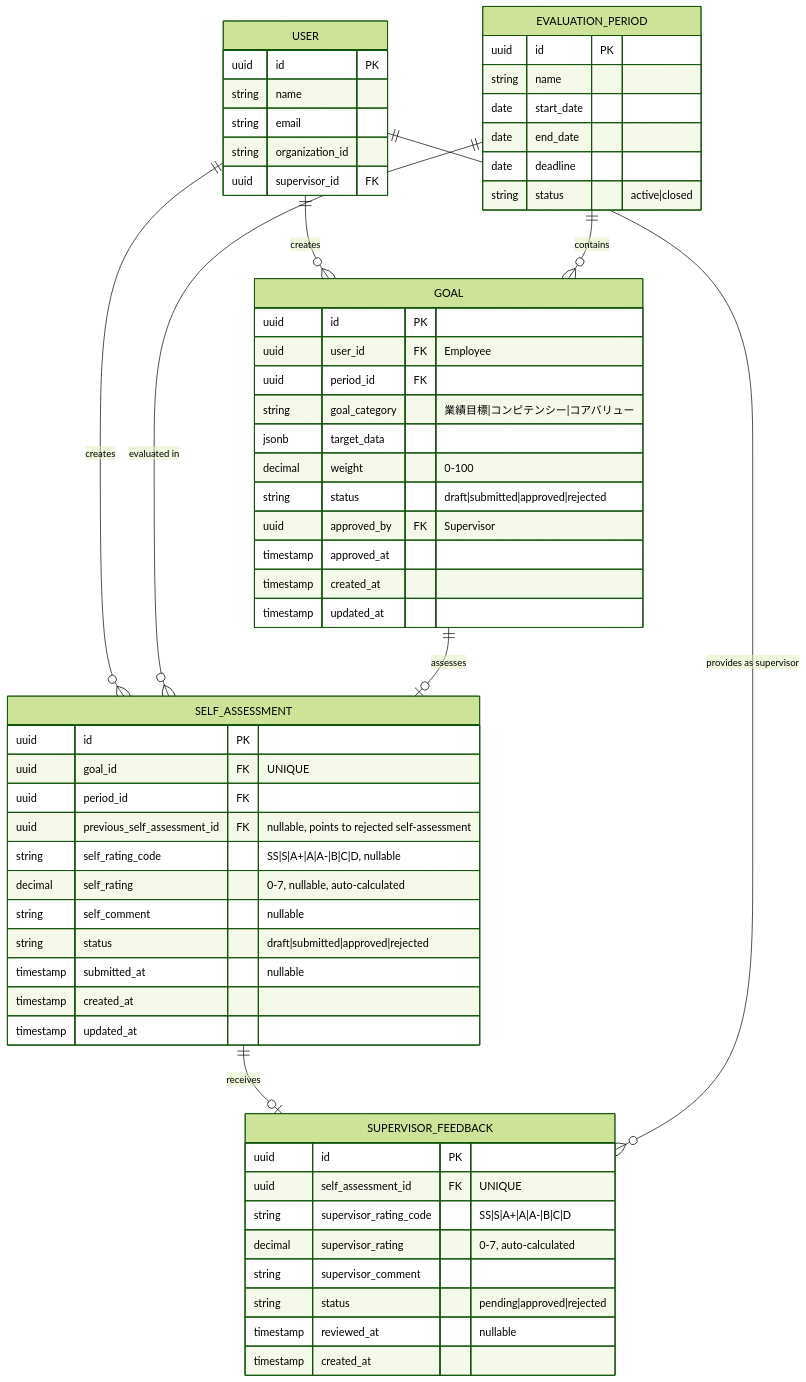
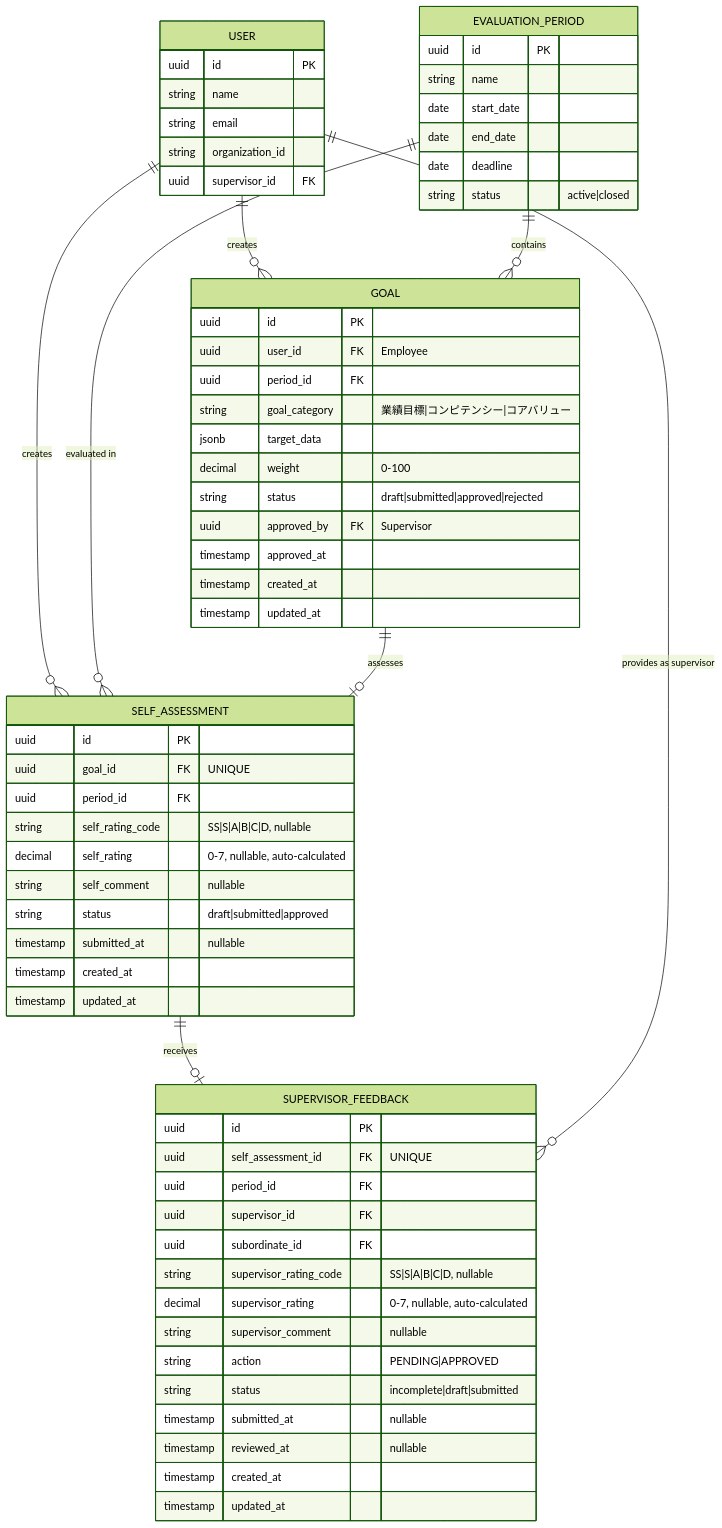
One commit to shintairiku/evaluation-system changed the first of 3 diagrams in .kiro/specs/self-assessment/domain-model.md. Above: the diagram before and after it, drawn with Mermaid (forest theme). The commit also changed other lines of this file, not shown here.

Commit message:
refactor: update self-assessment domain model

````diff
--- a/.kiro/specs/self-assessment/domain-model.md
+++ b/.kiro/specs/self-assessment/domain-model.md
@@ -233,66 +261,71 @@
 ```mermaid
 erDiagram
     USER ||--o{ GOAL : "creates"
     USER ||--o{ SELF_ASSESSMENT : "creates"
     EVALUATION_PERIOD ||--o{ GOAL : "contains"
     EVALUATION_PERIOD ||--o{ SELF_ASSESSMENT : "evaluated in"
     GOAL ||--o| SELF_ASSESSMENT : "assesses"
     SELF_ASSESSMENT ||--o| SUPERVISOR_FEEDBACK : "receives"
     USER ||--o{ SUPERVISOR_FEEDBACK : "provides as supervisor"
 
     USER {
         uuid id PK
         string name
         string email
         string organization_id
         uuid supervisor_id FK
     }
 
     GOAL {
         uuid id PK
         uuid user_id FK "Employee"
         uuid period_id FK
         string goal_category "業績目標|コンピテンシー|コアバリュー"
         jsonb target_data
         decimal weight "0-100"
         string status "draft|submitted|approved|rejected"
         uuid approved_by FK "Supervisor"
         timestamp approved_at
         timestamp created_at
         timestamp updated_at
     }
 
     EVALUATION_PERIOD {
         uuid id PK
         string name
         date start_date
         date end_date
         date deadline
         string status "active|closed"
     }
 
     SELF_ASSESSMENT {
         uuid id PK
         uuid goal_id FK "UNIQUE"
         uuid period_id FK
-        uuid previous_self_assessment_id FK "nullable, points to rejected self-assessment"
-        string self_rating_code "SS|S|A+|A|A-|B|C|D, nullable"
+        string self_rating_code "SS|S|A|B|C|D, nullable"
         decimal self_rating "0-7, nullable, auto-calculated"
         string self_comment "nullable"
-        string status "draft|submitted|approved|rejected"
+        string status "draft|submitted|approved"
         timestamp submitted_at "nullable"
         timestamp created_at
         timestamp updated_at
     }
 
     SUPERVISOR_FEEDBACK {
         uuid id PK
         uuid self_assessment_id FK "UNIQUE"
-        string supervisor_rating_code "SS|S|A+|A|A-|B|C|D"
-        decimal supervisor_rating "0-7, auto-calculated"
-        string supervisor_comment
-        string status "pending|approved|rejected"
+        uuid period_id FK
+        uuid supervisor_id FK
+        uuid subordinate_id FK
+        string supervisor_rating_code "SS|S|A|B|C|D, nullable"
+        decimal supervisor_rating "0-7, nullable, auto-calculated"
+        string supervisor_comment "nullable"
+        string action "PENDING|APPROVED"
+        string status "incomplete|draft|submitted"
+        timestamp submitted_at "nullable"
         timestamp reviewed_at "nullable"
         timestamp created_at
+        timestamp updated_at
     }
 ```
````
